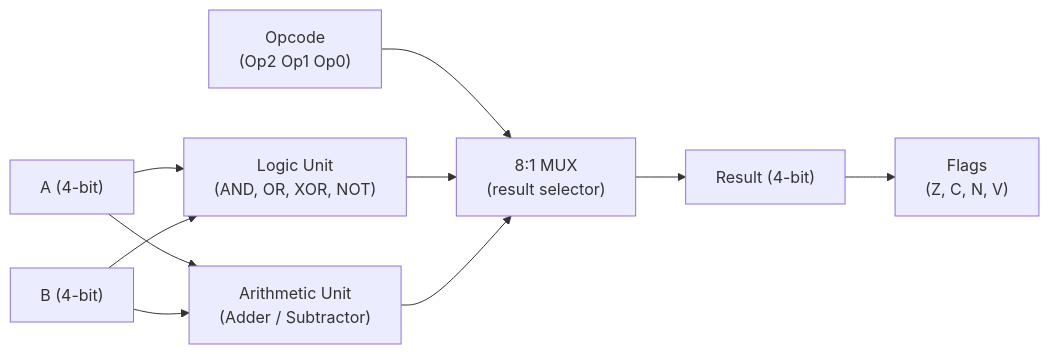
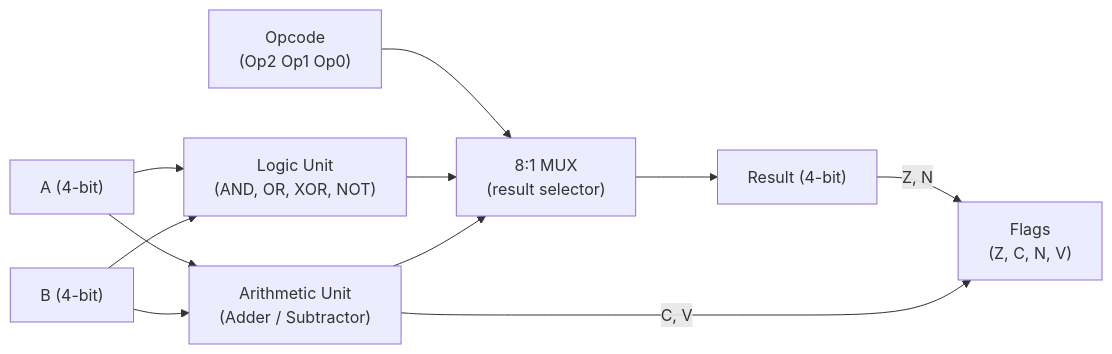
Before and after one commit to akram02/build-your-own-processor: the ninth of 9 diagrams in chapters/Chapter_03_Combinational_Circuits.md, drawn with Mermaid. The commit also changed other lines of this file and 1 other file, not shown here.

````diff
--- a/chapters/Chapter_03_Combinational_Circuits.md
+++ b/chapters/Chapter_03_Combinational_Circuits.md
@@ -965,12 +954,13 @@
 ```mermaid
 flowchart LR
     A["A (4-bit)"] --> LOGIC["Logic Unit<br/>(AND, OR, XOR, NOT)"]
     B["B (4-bit)"] --> LOGIC
     A --> ARITH["Arithmetic Unit<br/>(Adder / Subtractor)"]
     B --> ARITH
     OP["Opcode<br/>(Op2 Op1 Op0)"] --> MUX["8:1 MUX<br/>(result selector)"]
     LOGIC --> MUX
     ARITH --> MUX
     MUX --> RESULT["Result (4-bit)"]
-    RESULT --> FLAGS["Flags<br/>(Z, C, N, V)"]
+    RESULT -->|Z, N| FLAGS["Flags<br/>(Z, C, N, V)"]
+    ARITH -->|C, V| FLAGS
 ```
````
